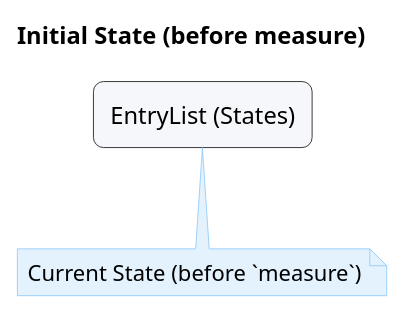
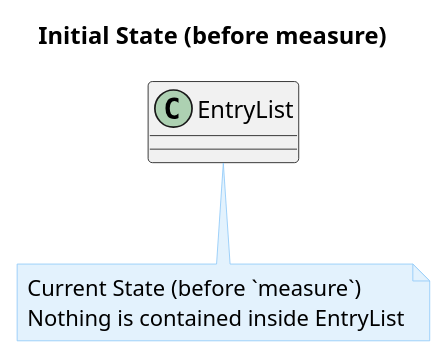
Before and after one commit to Ibrashoukry/tp: the diagram in docs/diagrams/AddMeasurement_Initial.puml, drawn with PlantUML. The commit also changed 9 other files, not shown here.

Commit message:
(#177) (#180) Edit initial state diagram, made it clearer. Edit BodyMeasurementEntry append and validation

```diff
--- a/docs/diagrams/AddMeasurement_Initial.puml
+++ b/docs/diagrams/AddMeasurement_Initial.puml
@@ -1,27 +1,28 @@
 @startuml
 ' ===== Initial State (before measure) =====
 title Initial State (before measure)
 
 skinparam shadowing false
 skinparam defaultFontName Arial
 skinparam rectangle {
   RoundCorner 12
   FontSize 14
 }
 skinparam note {
   BackgroundColor #E3F2FD
   BorderColor #90CAF9
   RoundCorner 12
 }
 
-rectangle "EntryList (States)" as EL #F5F7FA {
-  ' empty before adding a measurement
+class EntryList {
+
 }
 
 ' show "current state" pointer
 note as CS #E3F2FD
 Current State (before `measure`)
+Nothing is contained inside EntryList
 end note
-CS -up-> EL
+CS -up-> EntryList
 
 @enduml
```
